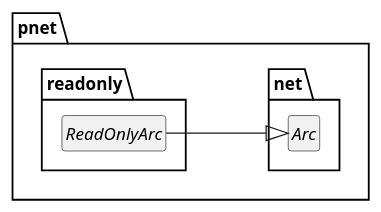
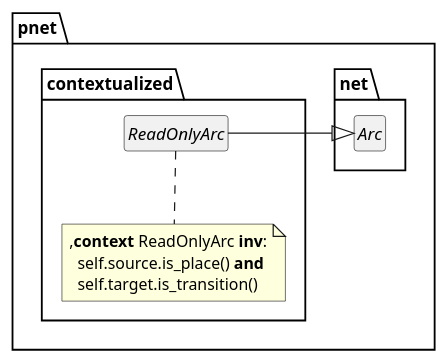
Diagram 13 of 28 in doc/index.org (johnstonskj/rust-ptnets), drawn with PlantUML before and after one commit. The commit also changed other lines of this file and 26 other files, not shown here.

```diff
--- a/doc/index.org
+++ b/doc/index.org
@@ -451,18 +732,23 @@
 #+BEGIN_SRC plantuml :file ptnet-model-readonly.svg
 skinparam backgroundColor transparent
 skinparam style strictuml
 skinparam linetype polyline
 skinparam nodesep 100
 
 hide empty members
 
 package pnet {
     package net {
         interface Arc
     }
-    package readonly {
+    package contextualized {
         interface ReadOnlyArc {}
         ReadOnlyArc -right-|> Arc
+        note bottom of ReadOnlyArc
+        ,**context** ReadOnlyArc **inv**:
+          self.source.is_place() **and**
+          self.target.is_transition()
+        end note
     }
 }
 #+END_SRC
```
